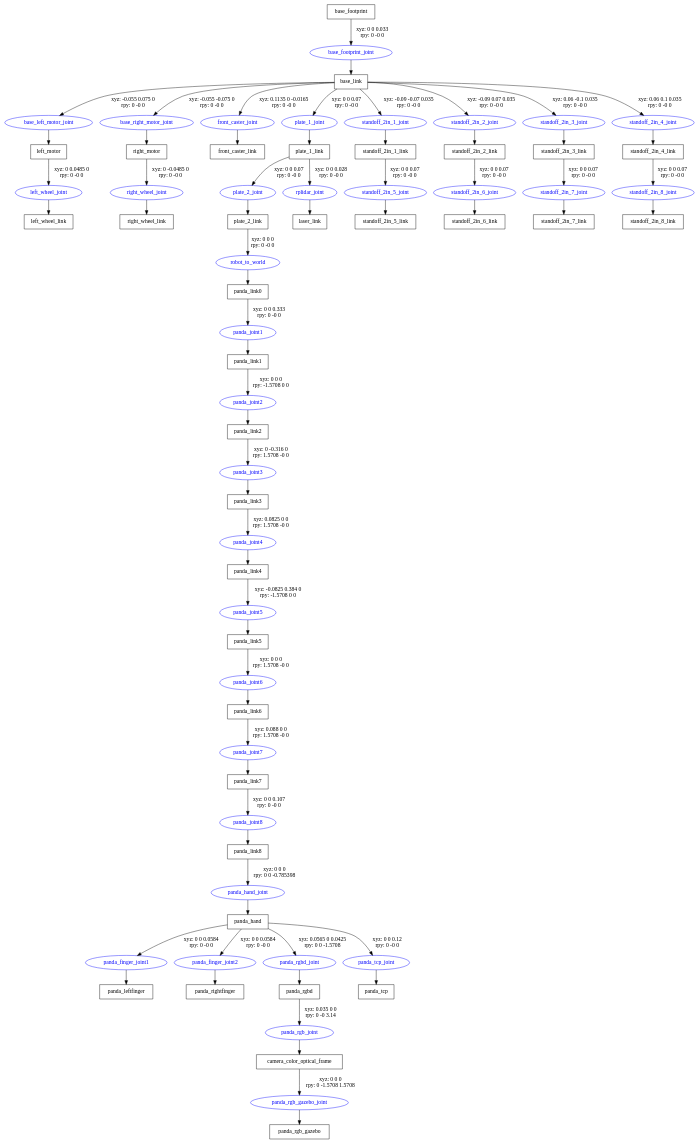
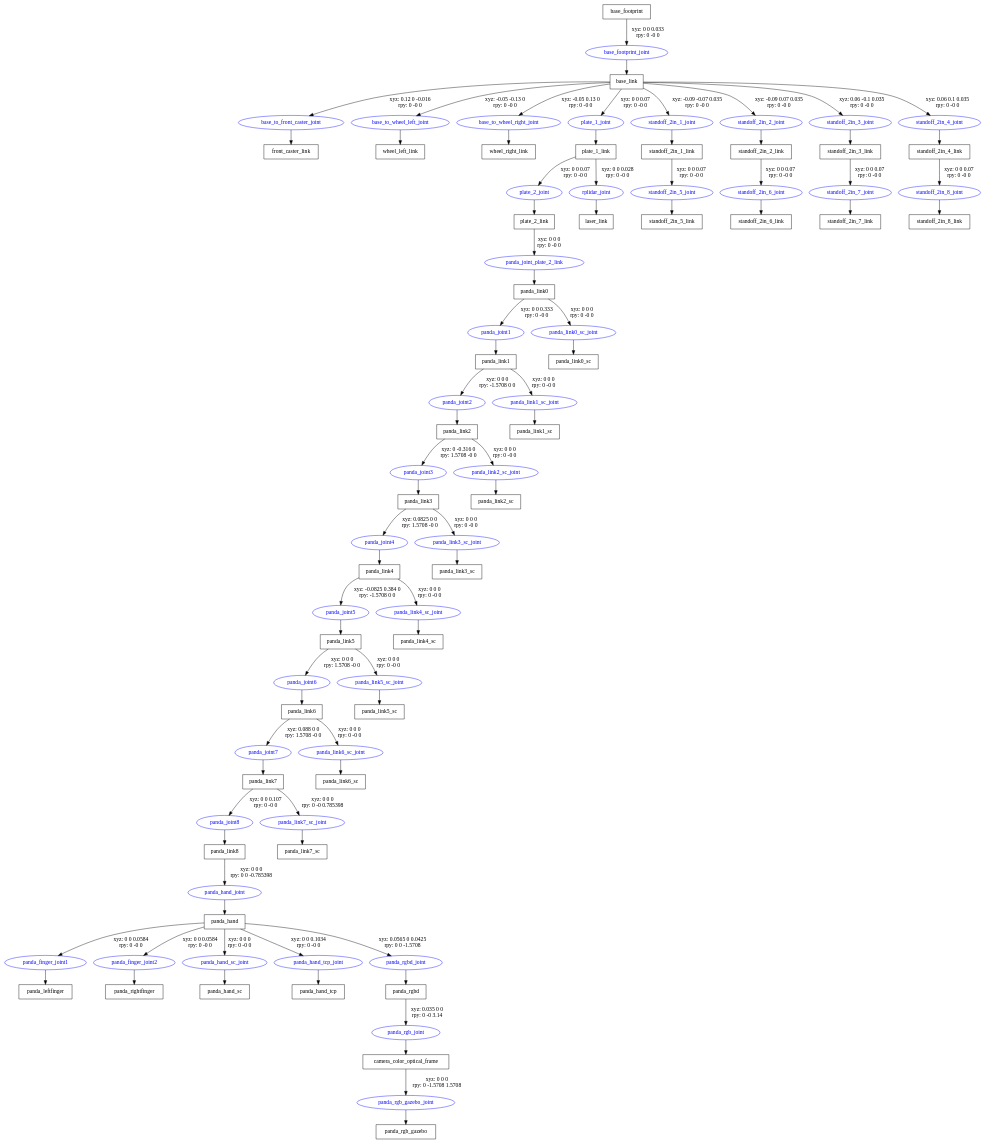
One commit to kano1021/ROB314 changed the diagram in src/armoncar_package/urdf/panda_on_car.gv. Above: the diagram before and after it, drawn with Graphviz. The commit also changed 66 other files, not shown here.

```diff
--- a/src/armoncar_package/urdf/panda_on_car.gv
+++ b/src/armoncar_package/urdf/panda_on_car.gv
@@ -1,104 +1,125 @@
 digraph G {
 node [shape=box];
 "base_footprint" [label="base_footprint"];
 "base_link" [label="base_link"];
-"left_motor" [label="left_motor"];
-"left_wheel_link" [label="left_wheel_link"];
-"right_motor" [label="right_motor"];
-"right_wheel_link" [label="right_wheel_link"];
 "front_caster_link" [label="front_caster_link"];
+"wheel_left_link" [label="wheel_left_link"];
+"wheel_right_link" [label="wheel_right_link"];
 "plate_1_link" [label="plate_1_link"];
 "plate_2_link" [label="plate_2_link"];
 "panda_link0" [label="panda_link0"];
 "panda_link1" [label="panda_link1"];
 "panda_link2" [label="panda_link2"];
 "panda_link3" [label="panda_link3"];
 "panda_link4" [label="panda_link4"];
 "panda_link5" [label="panda_link5"];
 "panda_link6" [label="panda_link6"];
 "panda_link7" [label="panda_link7"];
 "panda_link8" [label="panda_link8"];
 "panda_hand" [label="panda_hand"];
 "panda_leftfinger" [label="panda_leftfinger"];
 "panda_rightfinger" [label="panda_rightfinger"];
+"panda_hand_sc" [label="panda_hand_sc"];
+"panda_hand_tcp" [label="panda_hand_tcp"];
 "panda_rgbd" [label="panda_rgbd"];
 "camera_color_optical_frame" [label="camera_color_optical_frame"];
 "panda_rgb_gazebo" [label="panda_rgb_gazebo"];
-"panda_tcp" [label="panda_tcp"];
+"panda_link7_sc" [label="panda_link7_sc"];
+"panda_link6_sc" [label="panda_link6_sc"];
+"panda_link5_sc" [label="panda_link5_sc"];
+"panda_link4_sc" [label="panda_link4_sc"];
+"panda_link3_sc" [label="panda_link3_sc"];
+"panda_link2_sc" [label="panda_link2_sc"];
+"panda_link1_sc" [label="panda_link1_sc"];
+"panda_link0_sc" [label="panda_link0_sc"];
 "laser_link" [label="laser_link"];
 "standoff_2in_1_link" [label="standoff_2in_1_link"];
 "standoff_2in_5_link" [label="standoff_2in_5_link"];
 "standoff_2in_2_link" [label="standoff_2in_2_link"];
 "standoff_2in_6_link" [label="standoff_2in_6_link"];
 "standoff_2in_3_link" [label="standoff_2in_3_link"];
 "standoff_2in_7_link" [label="standoff_2in_7_link"];
 "standoff_2in_4_link" [label="standoff_2in_4_link"];
 "standoff_2in_8_link" [label="standoff_2in_8_link"];
 node [shape=ellipse, color=blue, fontcolor=blue];
 "base_footprint" -> "base_footprint_joint" [label="xyz: 0 0 0.033 \nrpy: 0 -0 0"]
 "base_footprint_joint" -> "base_link"
-"base_link" -> "base_left_motor_joint" [label="xyz: -0.055 0.075 0 \nrpy: 0 -0 0"]
-"base_left_motor_joint" -> "left_motor"
-"left_motor" -> "left_wheel_joint" [label="xyz: 0 0.0485 0 \nrpy: 0 -0 0"]
-"left_wheel_joint" -> "left_wheel_link"
-"base_link" -> "base_right_motor_joint" [label="xyz: -0.055 -0.075 0 \nrpy: 0 -0 0"]
-"base_right_motor_joint" -> "right_motor"
-"right_motor" -> "right_wheel_joint" [label="xyz: 0 -0.0485 0 \nrpy: 0 -0 0"]
-"right_wheel_joint" -> "right_wheel_link"
-"base_link" -> "front_caster_joint" [label="xyz: 0.1135 0 -0.0165 \nrpy: 0 -0 0"]
-"front_caster_joint" -> "front_caster_link"
+"base_link" -> "base_to_front_caster_joint" [label="xyz: 0.12 0 -0.016 \nrpy: 0 -0 0"]
+"base_to_front_caster_joint" -> "front_caster_link"
+"base_link" -> "base_to_wheel_left_joint" [label="xyz: -0.05 -0.13 0 \nrpy: 0 -0 0"]
+"base_to_wheel_left_joint" -> "wheel_left_link"
+"base_link" -> "base_to_wheel_right_joint" [label="xyz: -0.05 0.13 0 \nrpy: 0 -0 0"]
+"base_to_wheel_right_joint" -> "wheel_right_link"
 "base_link" -> "plate_1_joint" [label="xyz: 0 0 0.07 \nrpy: 0 -0 0"]
 "plate_1_joint" -> "plate_1_link"
 "plate_1_link" -> "plate_2_joint" [label="xyz: 0 0 0.07 \nrpy: 0 -0 0"]
 "plate_2_joint" -> "plate_2_link"
-"plate_2_link" -> "robot_to_world" [label="xyz: 0 0 0 \nrpy: 0 -0 0"]
-"robot_to_world" -> "panda_link0"
+"plate_2_link" -> "panda_joint_plate_2_link" [label="xyz: 0 0 0 \nrpy: 0 -0 0"]
+"panda_joint_plate_2_link" -> "panda_link0"
 "panda_link0" -> "panda_joint1" [label="xyz: 0 0 0.333 \nrpy: 0 -0 0"]
 "panda_joint1" -> "panda_link1"
 "panda_link1" -> "panda_joint2" [label="xyz: 0 0 0 \nrpy: -1.5708 0 0"]
 "panda_joint2" -> "panda_link2"
 "panda_link2" -> "panda_joint3" [label="xyz: 0 -0.316 0 \nrpy: 1.5708 -0 0"]
 "panda_joint3" -> "panda_link3"
 "panda_link3" -> "panda_joint4" [label="xyz: 0.0825 0 0 \nrpy: 1.5708 -0 0"]
 "panda_joint4" -> "panda_link4"
 "panda_link4" -> "panda_joint5" [label="xyz: -0.0825 0.384 0 \nrpy: -1.5708 0 0"]
 "panda_joint5" -> "panda_link5"
 "panda_link5" -> "panda_joint6" [label="xyz: 0 0 0 \nrpy: 1.5708 -0 0"]
 "panda_joint6" -> "panda_link6"
 "panda_link6" -> "panda_joint7" [label="xyz: 0.088 0 0 \nrpy: 1.5708 -0 0"]
 "panda_joint7" -> "panda_link7"
 "panda_link7" -> "panda_joint8" [label="xyz: 0 0 0.107 \nrpy: 0 -0 0"]
 "panda_joint8" -> "panda_link8"
 "panda_link8" -> "panda_hand_joint" [label="xyz: 0 0 0 \nrpy: 0 0 -0.785398"]
 "panda_hand_joint" -> "panda_hand"
 "panda_hand" -> "panda_finger_joint1" [label="xyz: 0 0 0.0584 \nrpy: 0 -0 0"]
 "panda_finger_joint1" -> "panda_leftfinger"
 "panda_hand" -> "panda_finger_joint2" [label="xyz: 0 0 0.0584 \nrpy: 0 -0 0"]
 "panda_finger_joint2" -> "panda_rightfinger"
+"panda_hand" -> "panda_hand_sc_joint" [label="xyz: 0 0 0 \nrpy: 0 -0 0"]
+"panda_hand_sc_joint" -> "panda_hand_sc"
+"panda_hand" -> "panda_hand_tcp_joint" [label="xyz: 0 0 0.1034 \nrpy: 0 -0 0"]
+"panda_hand_tcp_joint" -> "panda_hand_tcp"
 "panda_hand" -> "panda_rgbd_joint" [label="xyz: 0.0565 0 0.0425 \nrpy: 0 0 -1.5708"]
 "panda_rgbd_joint" -> "panda_rgbd"
 "panda_rgbd" -> "panda_rgb_joint" [label="xyz: 0.035 0 0 \nrpy: 0 -0 3.14"]
 "panda_rgb_joint" -> "camera_color_optical_frame"
 "camera_color_optical_frame" -> "panda_rgb_gazebo_joint" [label="xyz: 0 0 0 \nrpy: 0 -1.5708 1.5708"]
 "panda_rgb_gazebo_joint" -> "panda_rgb_gazebo"
-"panda_hand" -> "panda_tcp_joint" [label="xyz: 0 0 0.12 \nrpy: 0 -0 0"]
-"panda_tcp_joint" -> "panda_tcp"
+"panda_link7" -> "panda_link7_sc_joint" [label="xyz: 0 0 0 \nrpy: 0 -0 0.785398"]
+"panda_link7_sc_joint" -> "panda_link7_sc"
+"panda_link6" -> "panda_link6_sc_joint" [label="xyz: 0 0 0 \nrpy: 0 -0 0"]
+"panda_link6_sc_joint" -> "panda_link6_sc"
+"panda_link5" -> "panda_link5_sc_joint" [label="xyz: 0 0 0 \nrpy: 0 -0 0"]
+"panda_link5_sc_joint" -> "panda_link5_sc"
+"panda_link4" -> "panda_link4_sc_joint" [label="xyz: 0 0 0 \nrpy: 0 -0 0"]
+"panda_link4_sc_joint" -> "panda_link4_sc"
+"panda_link3" -> "panda_link3_sc_joint" [label="xyz: 0 0 0 \nrpy: 0 -0 0"]
+"panda_link3_sc_joint" -> "panda_link3_sc"
+"panda_link2" -> "panda_link2_sc_joint" [label="xyz: 0 0 0 \nrpy: 0 -0 0"]
+"panda_link2_sc_joint" -> "panda_link2_sc"
+"panda_link1" -> "panda_link1_sc_joint" [label="xyz: 0 0 0 \nrpy: 0 -0 0"]
+"panda_link1_sc_joint" -> "panda_link1_sc"
+"panda_link0" -> "panda_link0_sc_joint" [label="xyz: 0 0 0 \nrpy: 0 -0 0"]
+"panda_link0_sc_joint" -> "panda_link0_sc"
 "plate_1_link" -> "rplidar_joint" [label="xyz: 0 0 0.028 \nrpy: 0 -0 0"]
 "rplidar_joint" -> "laser_link"
 "base_link" -> "standoff_2in_1_joint" [label="xyz: -0.09 -0.07 0.035 \nrpy: 0 -0 0"]
 "standoff_2in_1_joint" -> "standoff_2in_1_link"
 "standoff_2in_1_link" -> "standoff_2in_5_joint" [label="xyz: 0 0 0.07 \nrpy: 0 -0 0"]
 "standoff_2in_5_joint" -> "standoff_2in_5_link"
 "base_link" -> "standoff_2in_2_joint" [label="xyz: -0.09 0.07 0.035 \nrpy: 0 -0 0"]
 "standoff_2in_2_joint" -> "standoff_2in_2_link"
 "standoff_2in_2_link" -> "standoff_2in_6_joint" [label="xyz: 0 0 0.07 \nrpy: 0 -0 0"]
 "standoff_2in_6_joint" -> "standoff_2in_6_link"
 "base_link" -> "standoff_2in_3_joint" [label="xyz: 0.06 -0.1 0.035 \nrpy: 0 -0 0"]
 "standoff_2in_3_joint" -> "standoff_2in_3_link"
 "standoff_2in_3_link" -> "standoff_2in_7_joint" [label="xyz: 0 0 0.07 \nrpy: 0 -0 0"]
 "standoff_2in_7_joint" -> "standoff_2in_7_link"
 "base_link" -> "standoff_2in_4_joint" [label="xyz: 0.06 0.1 0.035 \nrpy: 0 -0 0"]
 "standoff_2in_4_joint" -> "standoff_2in_4_link"
 "standoff_2in_4_link" -> "standoff_2in_8_joint" [label="xyz: 0 0 0.07 \nrpy: 0 -0 0"]
 "standoff_2in_8_joint" -> "standoff_2in_8_link"
 }
```
